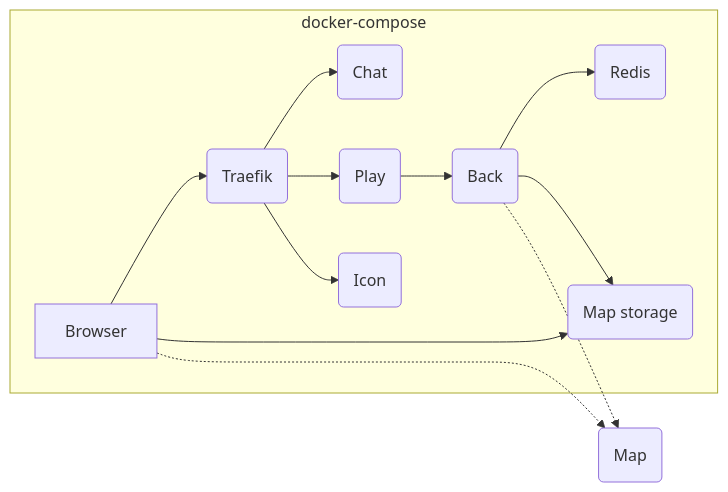
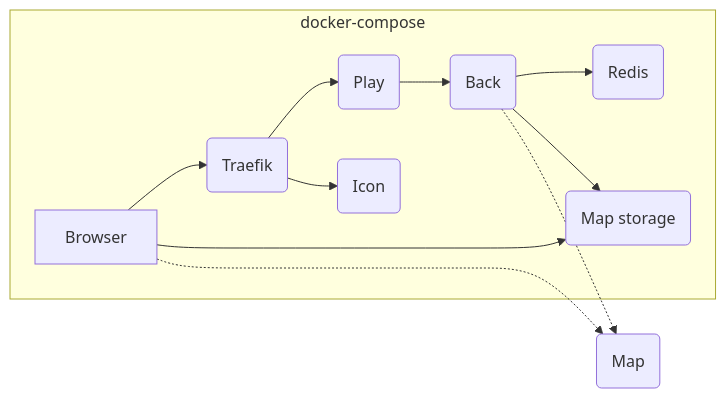
The diagram in contrib/docker/README.md (workadventure/workadventure), drawn with Mermaid before and after one commit. The commit also changed other lines of this file, not shown here.

````diff
--- a/contrib/docker/README.md
+++ b/contrib/docker/README.md
@@ -36,15 +35,14 @@
 ```mermaid
 graph LR
     A[Browser] --> B(Traefik)
     subgraph docker-compose
-    B --> I(Chat)
     B --> D(Play)
     B --> E(Icon)
     D --> F(Back)
     F --> G(Redis)
     F --> K(Map storage)
     A --> K(Map storage)
     end
     A .-> H(Map)
     F .-> H
 ```
````
